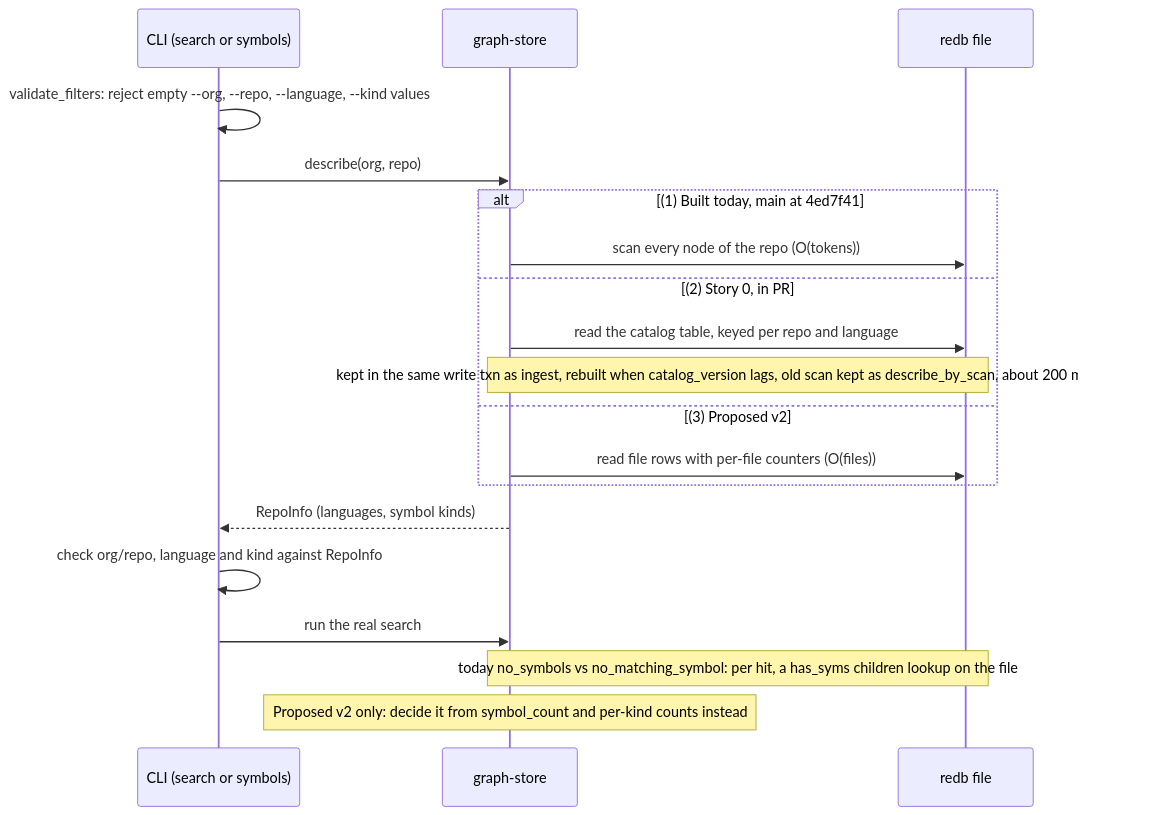
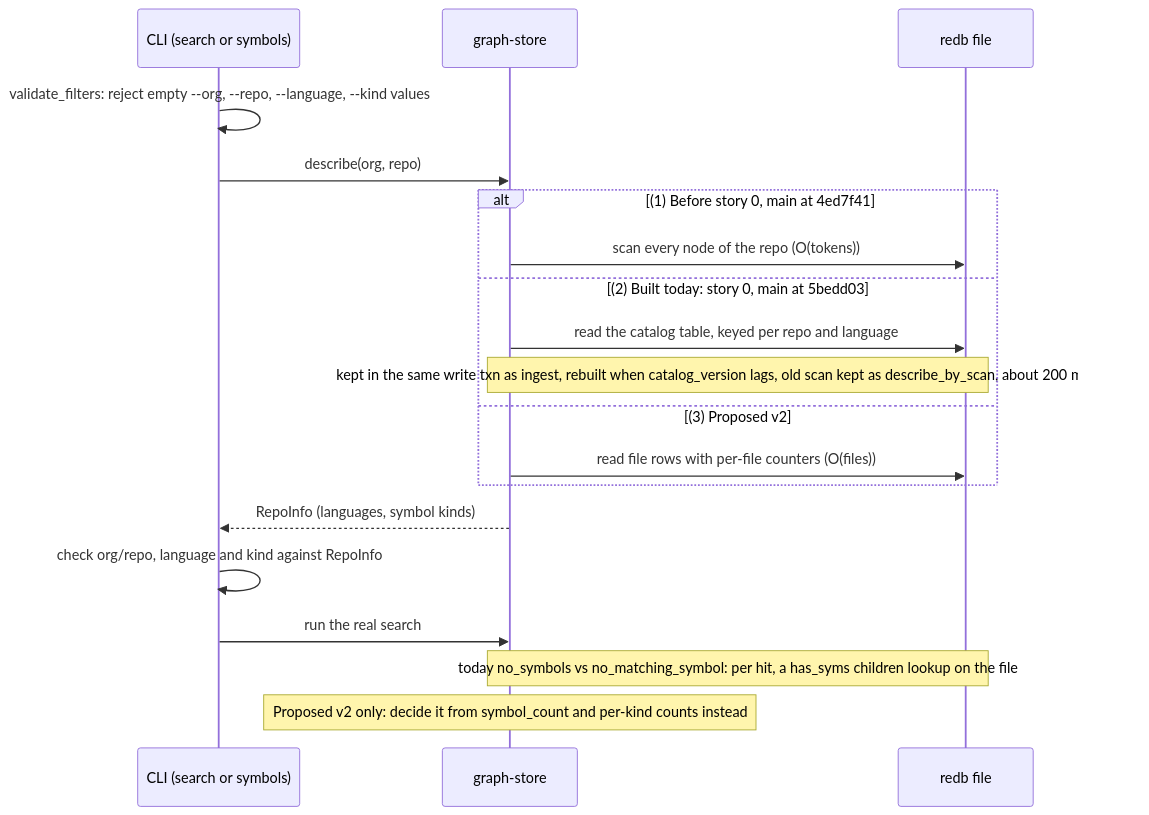
One commit to P47Phoenix/memory-graph changed the ninth of 19 diagrams in docs/architecture-diagrams.md. Above: the diagram before and after it, drawn with Mermaid. The commit also changed other lines of this file and 5 other files, not shown here.

````diff
--- a/docs/architecture-diagrams.md
+++ b/docs/architecture-diagrams.md
@@ -284,21 +284,21 @@
 ```mermaid
 sequenceDiagram
     participant CLI as CLI (search or symbols)
     participant Store as graph-store
     participant redb as redb file
     CLI->>CLI: validate_filters: reject empty --org, --repo, --language, --kind values
     CLI->>Store: describe(org, repo)
-    alt (1) Built today, main at 4ed7f41
+    alt (1) Before story 0, main at 4ed7f41
         Store->>redb: scan every node of the repo (O(tokens))
-    else (2) Story 0, in PR #12 (merged after 4ed7f41)
+    else (2) Built today: story 0, main at 5bedd03
         Store->>redb: read the catalog table, keyed per repo and language
         Note over Store,redb: kept in the same write txn as ingest, rebuilt when catalog_version lags, old scan kept as describe_by_scan, about 200 ms to 2 ms
     else (3) Proposed v2
         Store->>redb: read file rows with per-file counters (O(files))
     end
     Store-->>CLI: RepoInfo (languages, symbol kinds)
     CLI->>CLI: check org/repo, language and kind against RepoInfo
     CLI->>Store: run the real search
     Note over Store,redb: today no_symbols vs no_matching_symbol: per hit, a has_syms children lookup on the file
     Note over Store: Proposed v2 only: decide it from symbol_count and per-kind counts instead
 ```
````
